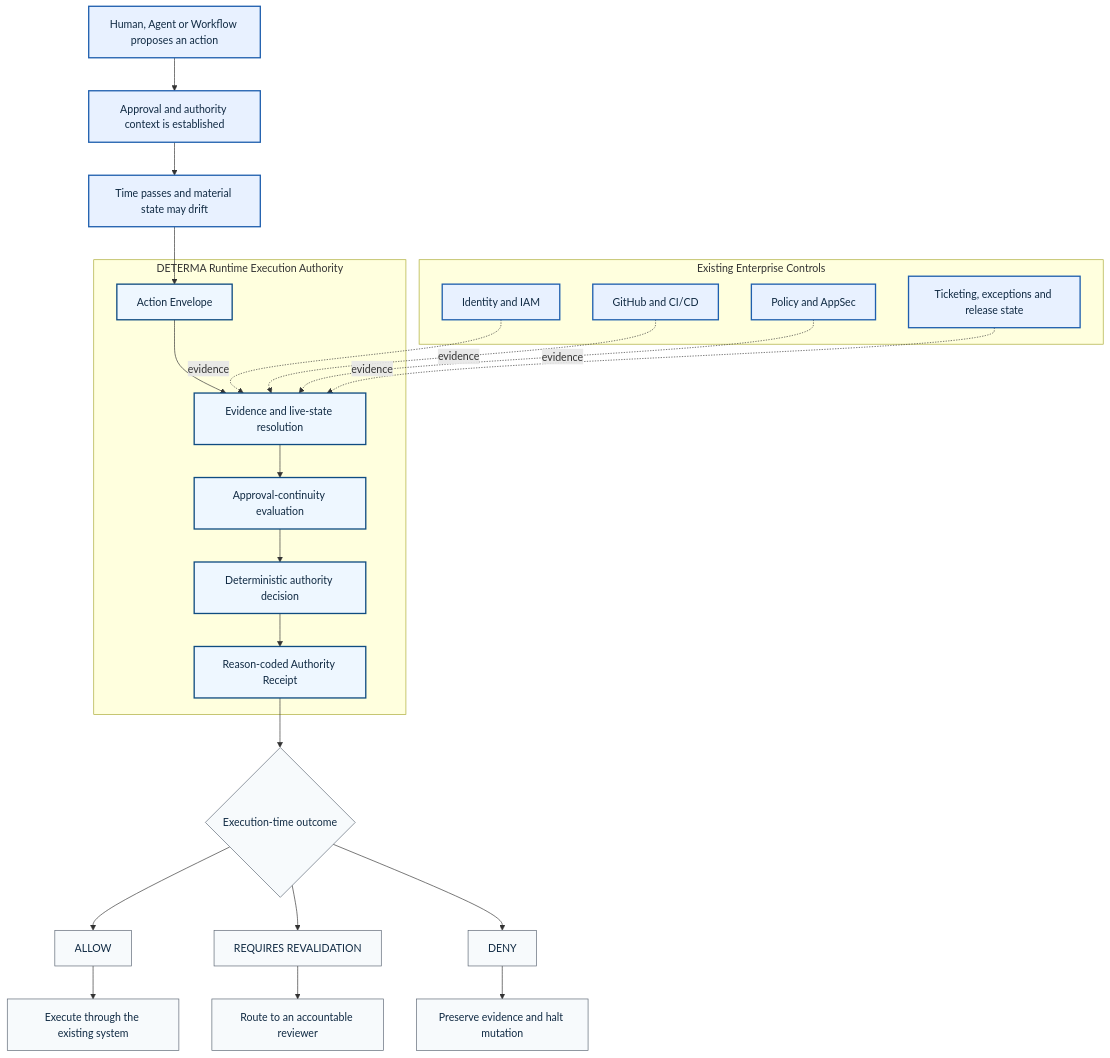
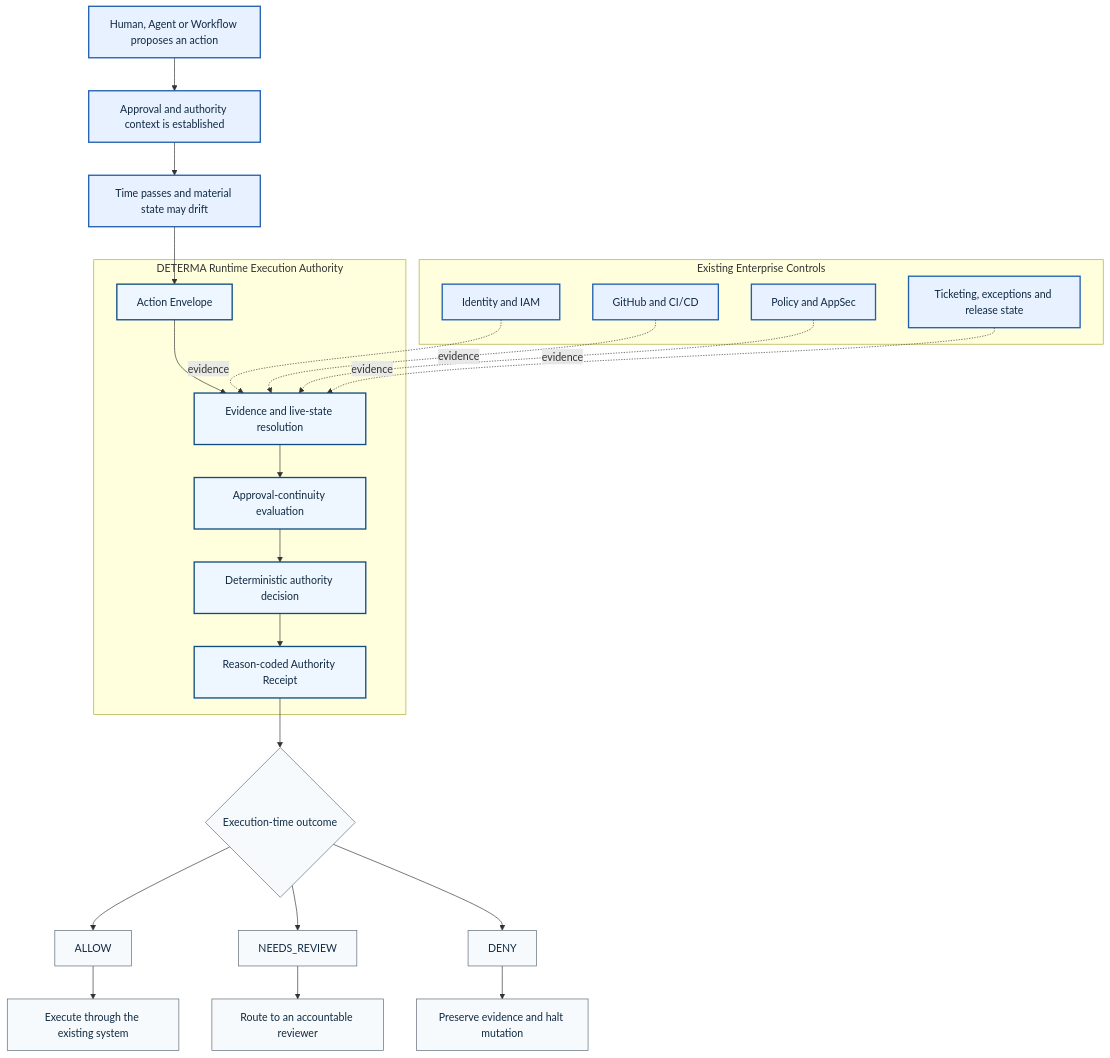
Before and after one commit to DETERMAai/DETERMA-runtime-authority-public: the diagram in README.md, drawn with Mermaid. The commit also changed other lines of this file, not shown here.

````diff
--- a/README.md
+++ b/README.md
@@ -30,47 +30,47 @@
 ```mermaid
 flowchart TB
     A[Human, Agent or Workflow proposes an action]
     B[Approval and authority context is established]
     C[Time passes and material state may drift]
 
     subgraph E[Existing Enterprise Controls]
       E1[Identity and IAM]
       E2[GitHub and CI/CD]
       E3[Policy and AppSec]
       E4[Ticketing, exceptions and release state]
     end
 
     subgraph D[DETERMA Runtime Execution Authority]
       D1[Action Envelope]
       D2[Evidence and live-state resolution]
       D3[Approval-continuity evaluation]
       D4[Deterministic authority decision]
       D5[Reason-coded Authority Receipt]
       D1 --> D2 --> D3 --> D4 --> D5
     end
 
     F{Execution-time outcome}
     G[ALLOW]
-    H[REQUIRES REVALIDATION]
+    H[NEEDS_REVIEW]
     I[DENY]
     J[Execute through the existing system]
     K[Route to an accountable reviewer]
     L[Preserve evidence and halt mutation]
 
     A --> B --> C --> D1
     E1 -. evidence .-> D2
     E2 -. evidence .-> D2
     E3 -. evidence .-> D2
     E4 -. evidence .-> D2
     D5 --> F
     F --> G --> J
     F --> H --> K
     F --> I --> L
 
     classDef primary fill:#e8f1ff,stroke:#1f5fae,color:#102a43,stroke-width:2px;
     classDef authority fill:#eef7ff,stroke:#0f4c81,color:#102a43,stroke-width:2px;
     classDef outcome fill:#f7fafc,stroke:#5b6573,color:#102a43;
     class A,B,C,E1,E2,E3,E4 primary;
     class D1,D2,D3,D4,D5 authority;
     class F,G,H,I,J,K,L outcome;
 ```
````
